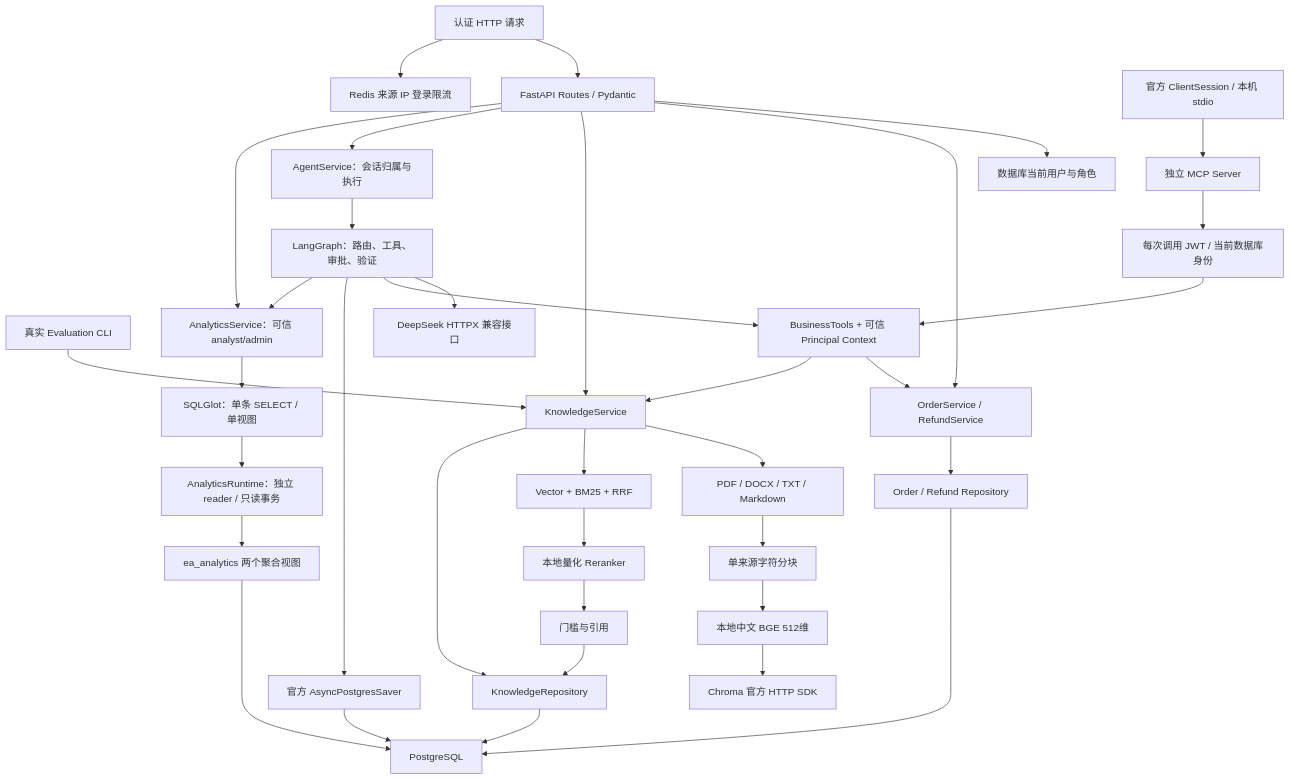
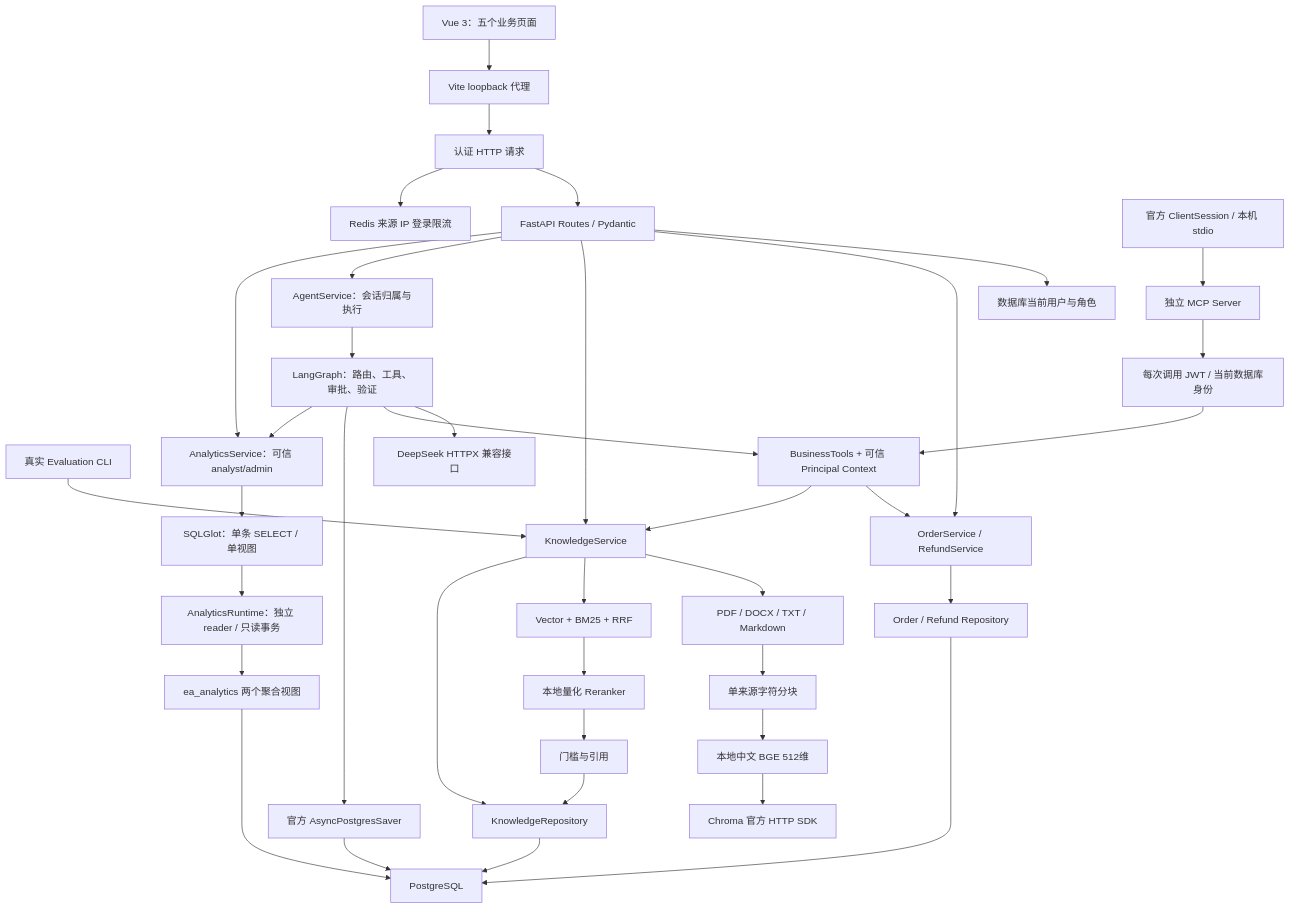
Before and after one commit to zjhwwwl/EnterpriseAgent: the first of 2 diagrams in docs/architecture.md, drawn with Mermaid. The commit also changed other lines of this file and 70 other files, not shown here.

Commit message:
feat(web): add Vue business dashboard and verified Phase 7 workflows

````diff
--- a/docs/architecture.md
+++ b/docs/architecture.md
@@ -9,39 +9,41 @@
 ```mermaid
 flowchart TD
+    WEB["Vue 3：五个业务页面"] --> PROXY["Vite loopback 代理"]
+    PROXY --> HTTP
     HTTP["认证 HTTP 请求"] --> API["FastAPI Routes / Pydantic"]
     API --> AUTH["数据库当前用户与角色"]
     API --> ORDER["OrderService / RefundService"]
     ORDER --> REPO["Order / Refund Repository"]
     REPO --> DB["PostgreSQL"]
 
     API --> KNOW["KnowledgeService"]
     KNOW --> PARSE["PDF / DOCX / TXT / Markdown"]
     PARSE --> CHUNKS["单来源字符分块"]
     CHUNKS --> EMBED["本地中文 BGE 512维"]
     EMBED --> STORE["Chroma 官方 HTTP SDK"]
     KNOW --> RANK["Vector + BM25 + RRF"]
     RANK --> CROSS["本地量化 Reranker"]
     CROSS --> CITE["门槛与引用"]
     KNOW --> KREPO["KnowledgeRepository"]
     KREPO --> DB
     CITE --> KREPO
     HTTP --> REDIS["Redis 来源 IP 登录限流"]
     EVAL["真实 Evaluation CLI"] --> KNOW
     API --> AGENT["AgentService：会话归属与执行"]
     AGENT --> GRAPH["LangGraph：路由、工具、审批、验证"]
     GRAPH --> LLM["DeepSeek HTTPX 兼容接口"]
     GRAPH --> TOOLS["BusinessTools + 可信 Principal Context"]
     TOOLS --> ORDER
     TOOLS --> KNOW
     GRAPH --> CHECKPOINT["官方 AsyncPostgresSaver"]
     CHECKPOINT --> DB
     API --> ANALYTICS["AnalyticsService：可信 analyst/admin"]
     GRAPH --> ANALYTICS
     ANALYTICS --> AST["SQLGlot：单条 SELECT / 单视图"]
     AST --> READONLY["AnalyticsRuntime：独立 reader / 只读事务"]
     READONLY --> VIEWS["ea_analytics 两个聚合视图"]
     VIEWS --> DB
     MCPCLIENT["官方 ClientSession / 本机 stdio"] --> MCP["独立 MCP Server"]
     MCP --> MAUTH["每次调用 JWT / 当前数据库身份"]
     MAUTH --> TOOLS
 ```
````
